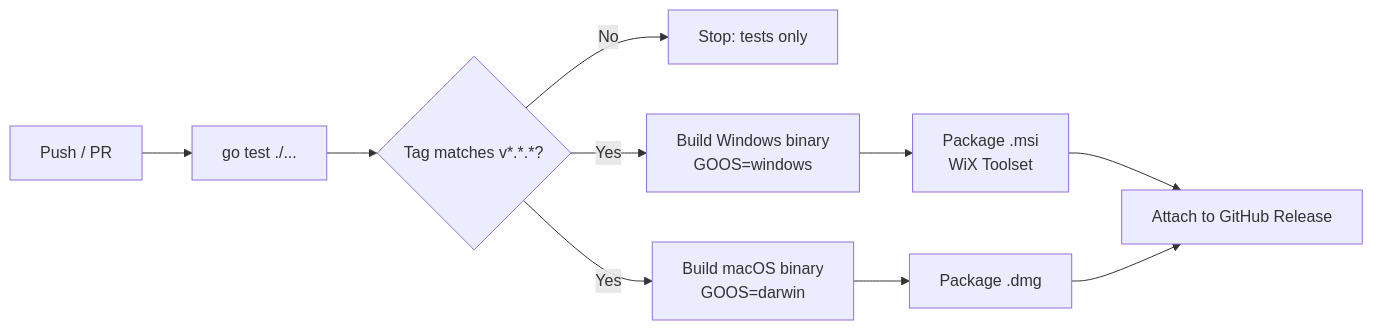
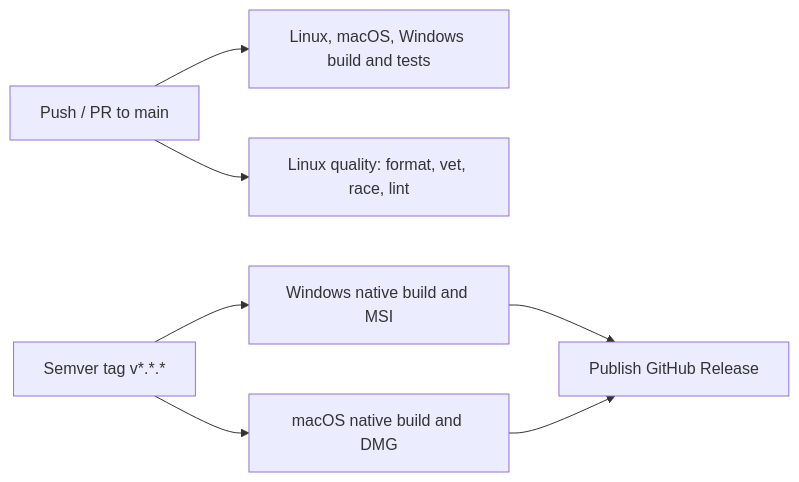
One commit to JamesBolanos/print-bridge changed the diagram in DOCS/07-build-deploy/build-pipeline.md. Above: the diagram before and after it, drawn with Mermaid. The commit also changed other lines of this file and 46 other files, not shown here.

````diff
--- a/DOCS/07-build-deploy/build-pipeline.md
+++ b/DOCS/07-build-deploy/build-pipeline.md
@@ -28,12 +28,9 @@
 ```mermaid
 flowchart LR
-    A[Push / PR] --> B[go test ./...]
-    B --> C{Tag matches v*.*.*?}
-    C -- No --> D[Stop: tests only]
-    C -- Yes --> E[Build Windows binary\nGOOS=windows]
-    C -- Yes --> F[Build macOS binary\nGOOS=darwin]
-    E --> G[Package .msi\nWiX Toolset]
-    F --> H[Package .dmg]
-    G --> I[Attach to GitHub Release]
-    H --> I
+    A[Push / PR to main] --> B[Linux, macOS, Windows build and tests]
+    A --> C[Linux quality: format, vet, race, lint]
+    D[Semver tag v*.*.*] --> E[Windows native build and MSI]
+    D --> F[macOS native build and DMG]
+    E --> G[Publish GitHub Release]
+    F --> G
 ```
````
